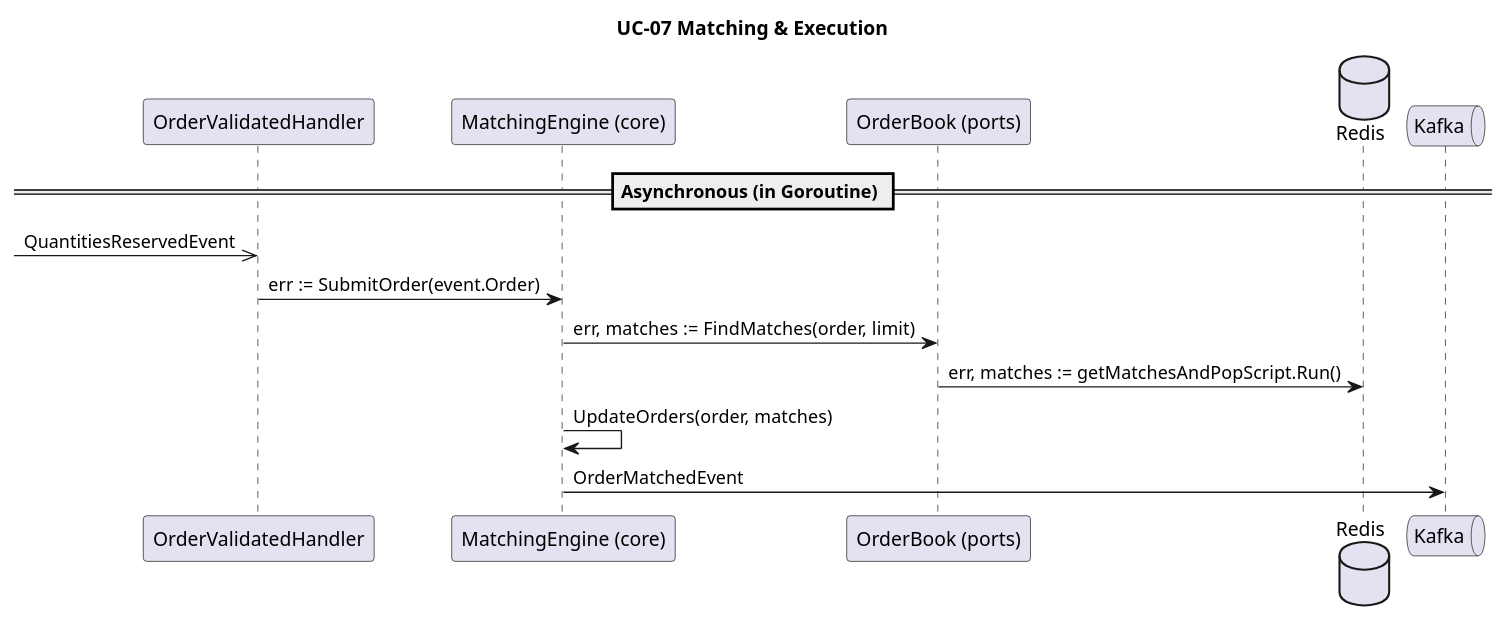
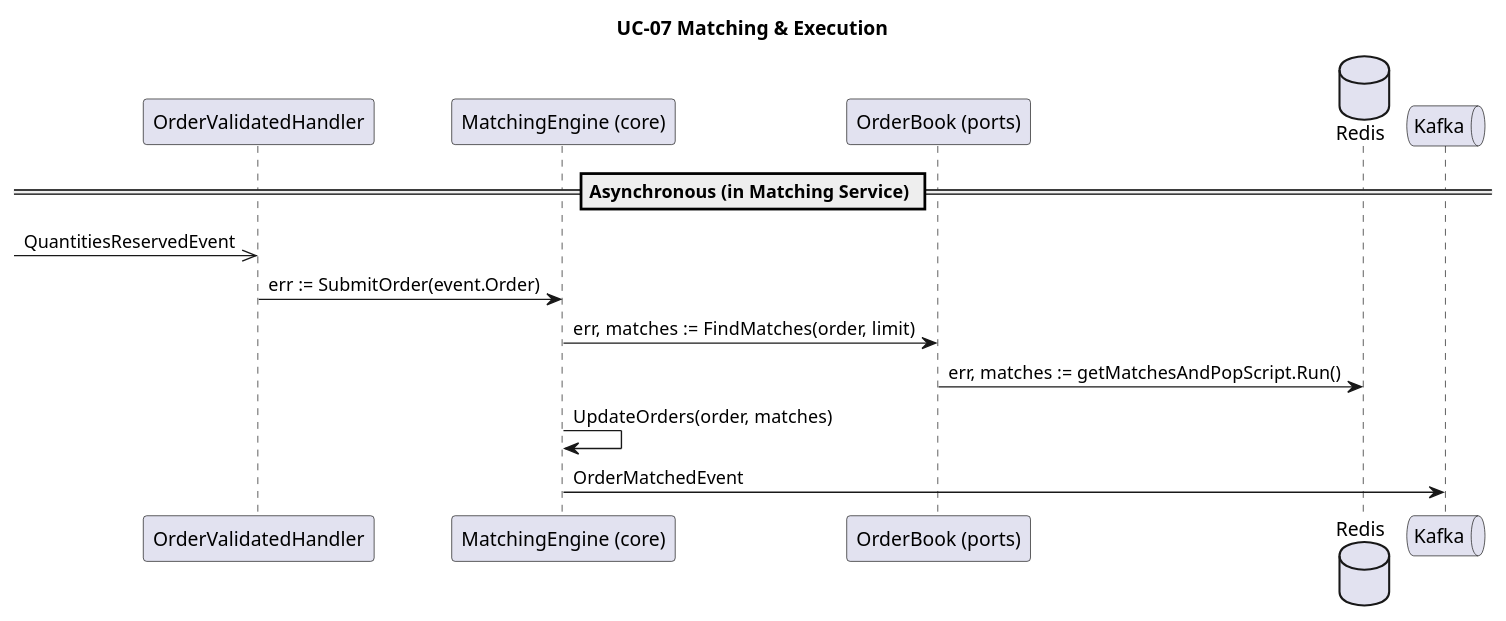
The diagram in docs/use_cases/uc07_sequence.puml (cjayneb/log430-project), drawn with PlantUML before and after one commit. The commit also changed 13 other files, not shown here.

```diff
--- a/docs/use_cases/uc07_sequence.puml
+++ b/docs/use_cases/uc07_sequence.puml
@@ -1,19 +1,19 @@
 @startuml
 title UC-07 Matching & Execution
 
 participant "OrderValidatedHandler" as handler
 participant "MatchingEngine (core)" as MatchEngine
 participant "OrderBook (ports)" as book
 database "Redis" as redis
 queue "Kafka" as kafka
 
-== Asynchronous (in Goroutine) ==
+== Asynchronous (in Matching Service) ==
 ->> handler : QuantitiesReservedEvent
 handler -> MatchEngine : err := SubmitOrder(event.Order)
 MatchEngine -> book : err, matches := FindMatches(order, limit)
 book -> redis : err, matches := getMatchesAndPopScript.Run()
 MatchEngine -> MatchEngine : UpdateOrders(order, matches)
 MatchEngine -> kafka: OrderMatchedEvent
 
 
 @enduml
```
